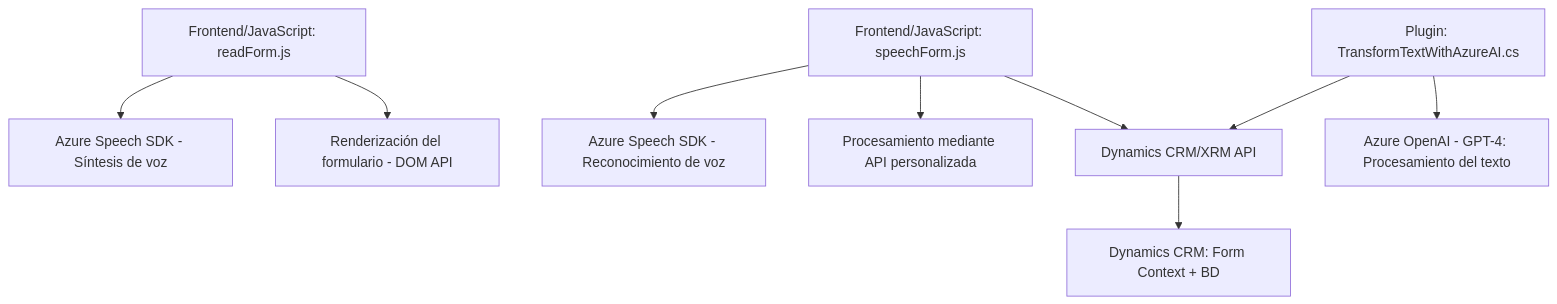
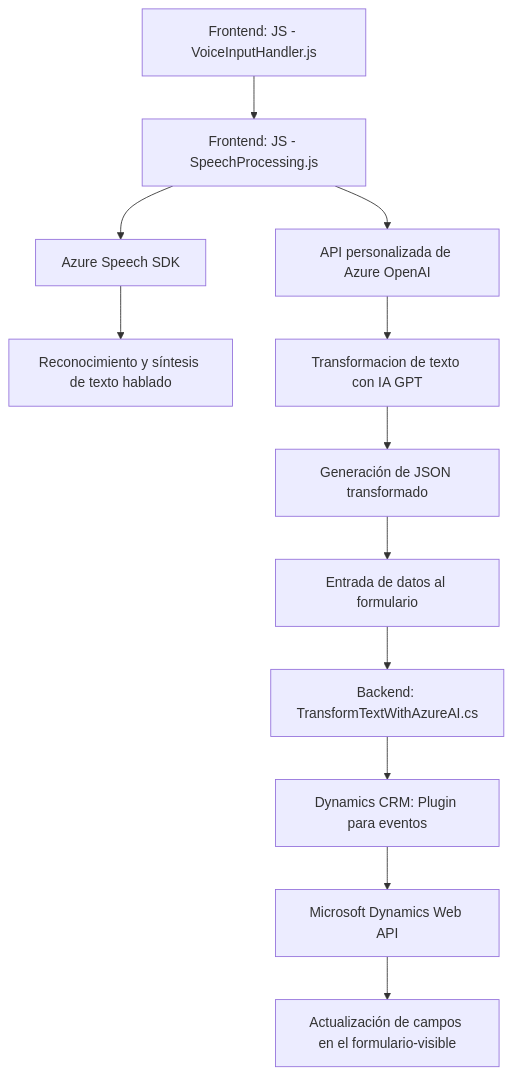
The diagram in README.md (blopezdm/NETCORE_BILBAO2025), drawn with Mermaid before and after one commit. The commit also changed other lines of this file, not shown here.

Commit message:
Actualizar análisis global de la solución con IA

````diff
--- a/README.md
+++ b/README.md
@@ -44,15 +59,14 @@
 ```mermaid
 graph TD
-    A["Frontend/JavaScript: readForm.js"] --> B["Azure Speech SDK - Síntesis de voz"]
-    A --> C["Renderización del formulario - DOM API"]
-    
-    D["Frontend/JavaScript: speechForm.js"] --> E["Azure Speech SDK - Reconocimiento de voz"]
-    D --> F["Procesamiento mediante API personalizada"]
-    D --> G["Dynamics CRM/XRM API"]
-    
-    H["Plugin: TransformTextWithAzureAI.cs"]
-    H --> I["Azure OpenAI - GPT-4: Procesamiento del texto"]
-    H --> G
-    
-    G --> J["Dynamics CRM: Form Context + BD"]
+    A["Frontend: JS - VoiceInputHandler.js"] --> B["Frontend: JS - SpeechProcessing.js"]
+    B --> C["Azure Speech SDK"]
+    C --> D["Reconocimiento y síntesis de texto hablado"]
+    B --> E["API personalizada de Azure OpenAI"]
+    E --> F["Transformacion de texto con IA GPT"]
+    F --> G["Generación de JSON transformado"]
+    G --> H["Entrada de datos al formulario"]
+    H --> I["Backend: TransformTextWithAzureAI.cs"]
+    I --> J["Dynamics CRM: Plugin para eventos"]
+    J --> K["Microsoft Dynamics Web API"]
+    K --> L["Actualización de campos en el formulario-visible"]
 ```
````
